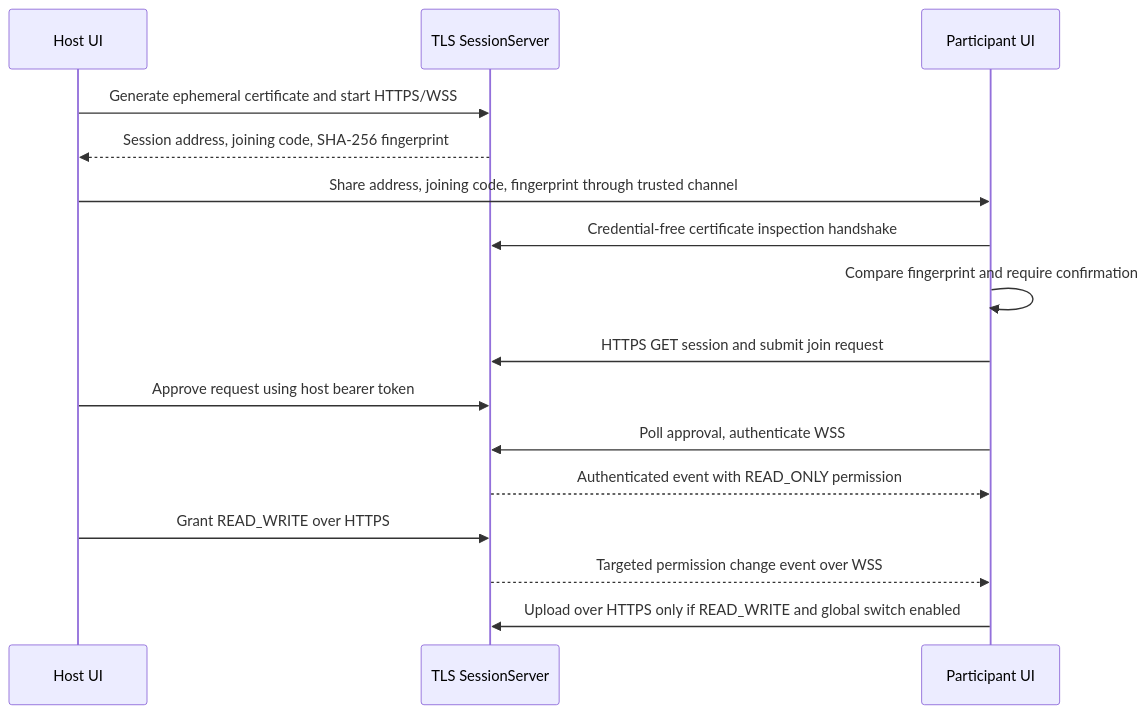
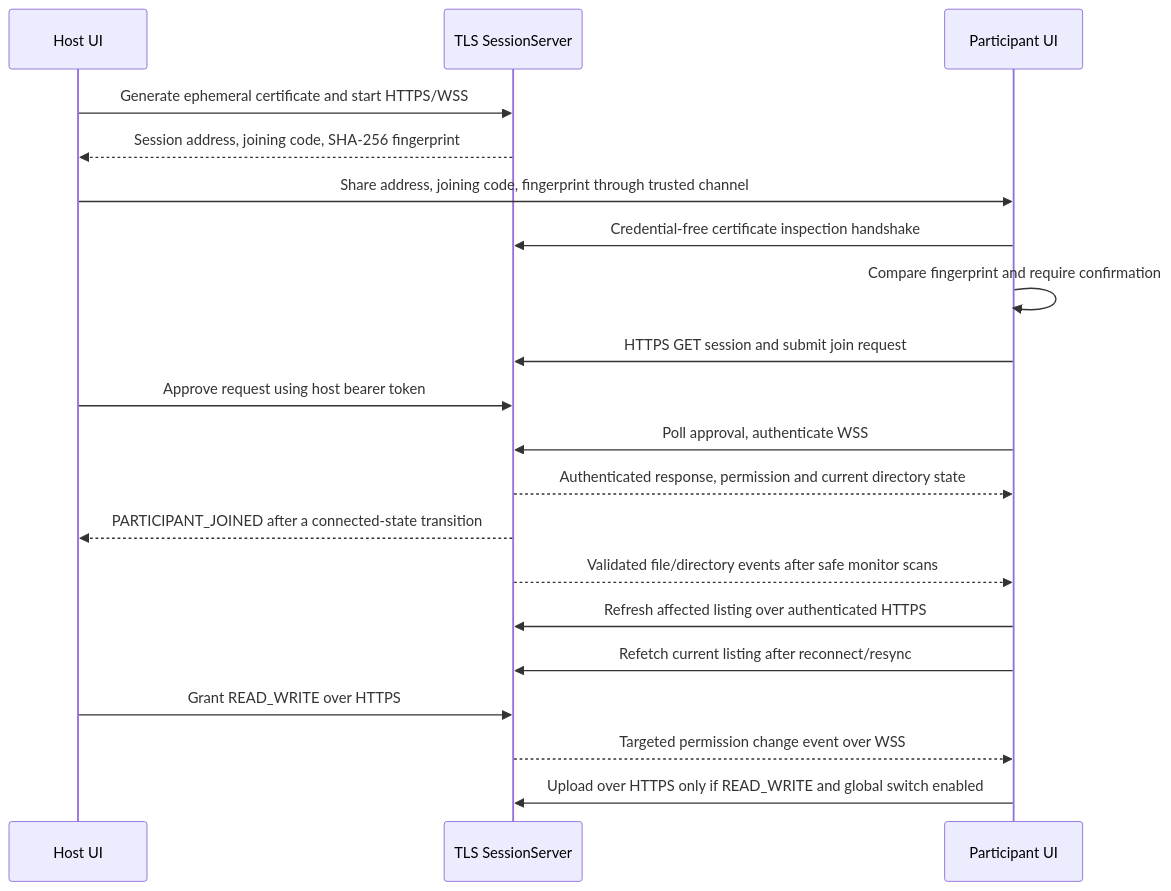
The diagram in docs/architecture.md (Kashimono/ShareSpace), drawn with Mermaid before and after one commit. The commit also changed other lines of this file and 22 other files, not shown here.

````diff
--- a/docs/architecture.md
+++ b/docs/architecture.md
@@ -83,18 +113,22 @@
 ```mermaid
 sequenceDiagram
     participant Host as Host UI
     participant Server as TLS SessionServer
     participant Peer as Participant UI
     Host->>Server: Generate ephemeral certificate and start HTTPS/WSS
     Server-->>Host: Session address, joining code, SHA-256 fingerprint
     Host->>Peer: Share address, joining code, fingerprint through trusted channel
     Peer->>Server: Credential-free certificate inspection handshake
     Peer->>Peer: Compare fingerprint and require confirmation
     Peer->>Server: HTTPS GET session and submit join request
     Host->>Server: Approve request using host bearer token
     Peer->>Server: Poll approval, authenticate WSS
-    Server-->>Peer: Authenticated event with READ_ONLY permission
+    Server-->>Peer: Authenticated response, permission and current directory state
+    Server-->>Host: PARTICIPANT_JOINED after a connected-state transition
+    Server-->>Peer: Validated file/directory events after safe monitor scans
+    Peer->>Server: Refresh affected listing over authenticated HTTPS
+    Peer->>Server: Refetch current listing after reconnect/resync
     Host->>Server: Grant READ_WRITE over HTTPS
     Server-->>Peer: Targeted permission change event over WSS
     Peer->>Server: Upload over HTTPS only if READ_WRITE and global switch enabled
 ```
````
